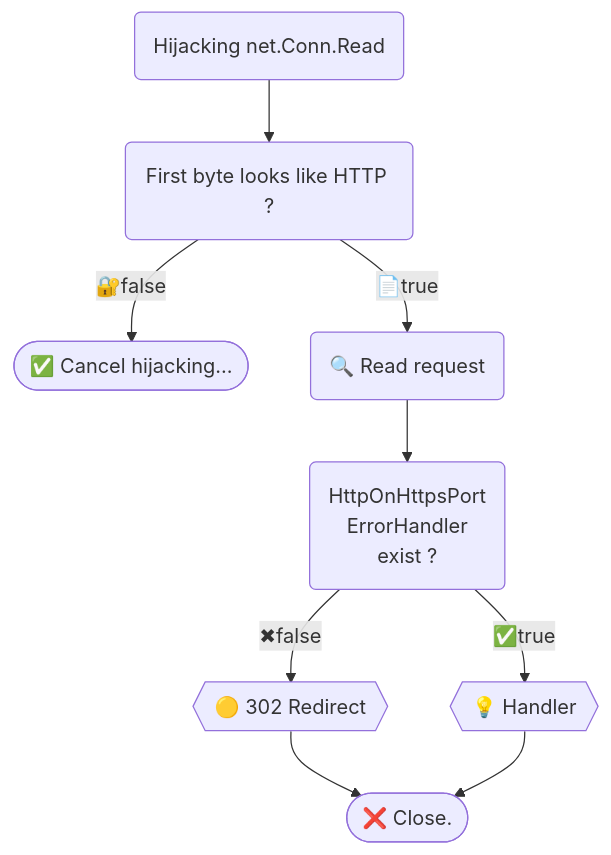
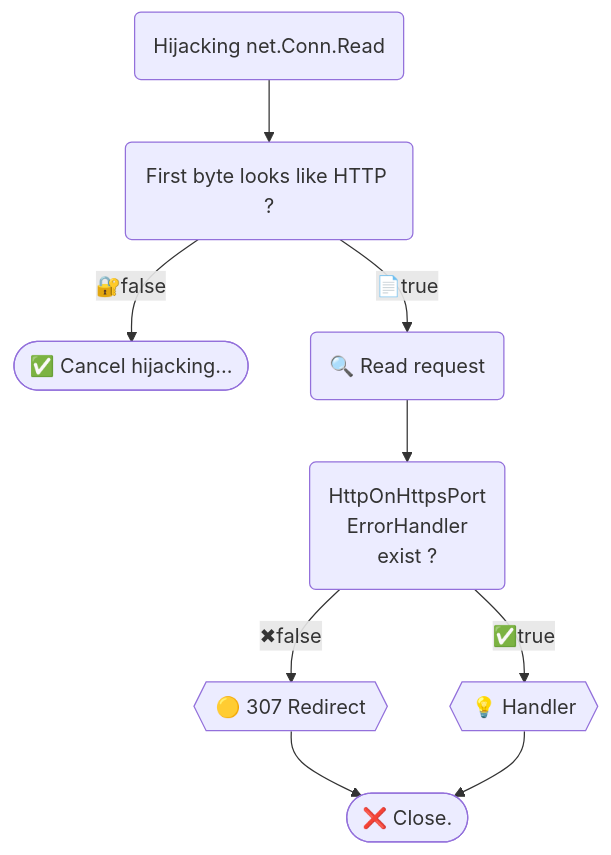
Before and after one commit to bddjr/hlfhr: the diagram in README.md, drawn with Mermaid. The commit also changed other lines of this file, not shown here.

Commit message:
using 307 status redirect

````diff
--- a/README.md
+++ b/README.md
@@ -32,27 +32,27 @@
 ```mermaid
 flowchart TD
 	Read("Hijacking net.Conn.Read")
 
 	IsLooksLikeHTTP("First byte looks like HTTP ?")
 
 	CancelHijacking(["✅ Cancel hijacking..."])
 
 	ReadRequest("🔍 Read request")
 
 	IsHandlerExist("`
 	HttpOnHttpsPort
 	ErrorHandler
 	exist ?`")
 
-	302Redirect{{"🟡 302 Redirect"}}
+	Redirect{{"🟡 307 Redirect"}}
 
 	Handler{{"💡 Handler"}}
 
 	Close(["❌ Close."])
 
     Read --> IsLooksLikeHTTP
     IsLooksLikeHTTP -- "🔐false" --> CancelHijacking
     IsLooksLikeHTTP -- "📄true" --> ReadRequest --> IsHandlerExist
-	IsHandlerExist -- "✖false" --> 302Redirect --> Close
+	IsHandlerExist -- "✖false" --> Redirect --> Close
 	IsHandlerExist -- "✅true" --> Handler --> Close
 ```
````
